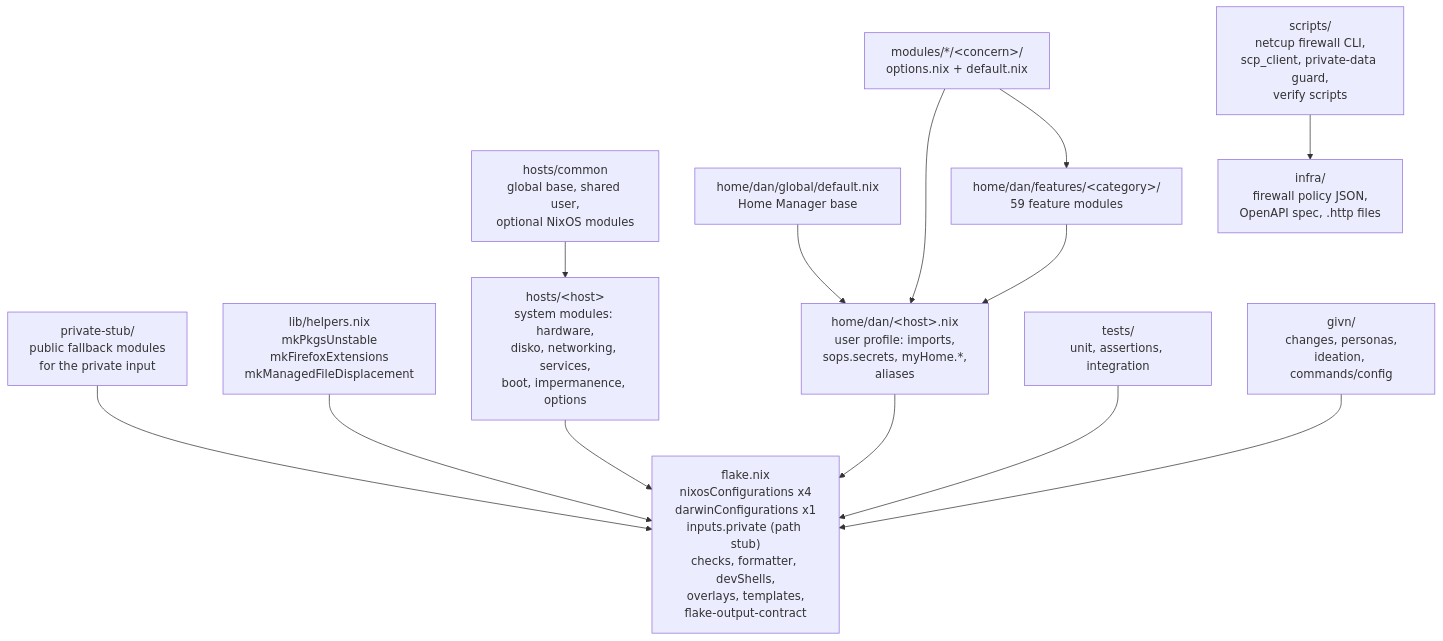
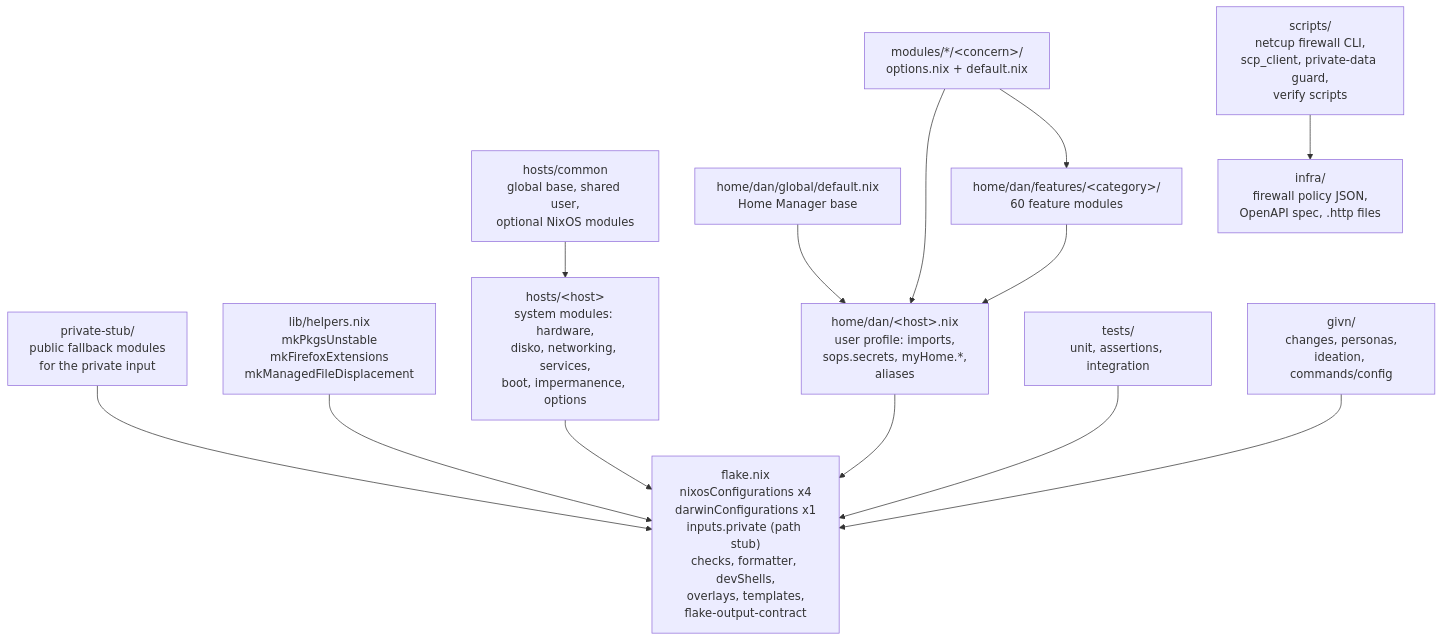
The diagram in docs/arc42/05-building-block-view.md (kressnerd/nix-config), drawn with Mermaid before and after one commit. The commit also changed other lines of this file and 16 other files, not shown here.

````diff
--- a/docs/arc42/05-building-block-view.md
+++ b/docs/arc42/05-building-block-view.md
@@ -9,29 +9,29 @@
 ```mermaid
 flowchart TB
   flake["flake.nix<br/>nixosConfigurations x4<br/>darwinConfigurations x1<br/>inputs.private (path stub)<br/>checks, formatter, devShells,<br/>overlays, templates,<br/>flake-output-contract"]
   stub["private-stub/<br/>public fallback modules<br/>for the private input"]
   lib["lib/helpers.nix<br/>mkPkgsUnstable<br/>mkFirefoxExtensions<br/>mkManagedFileDisplacement"]
   common["hosts/common<br/>global base, shared user,<br/>optional NixOS modules"]
   hostmods["hosts/&lt;host&gt;<br/>system modules: hardware,<br/>disko, networking, services,<br/>boot, impermanence, options"]
   hmprof["home/dan/&lt;host&gt;.nix<br/>user profile: imports,<br/>sops.secrets, myHome.*,<br/>aliases"]
   hmglobal["home/dan/global/default.nix<br/>Home Manager base"]
   optmods["modules/*/&lt;concern&gt;/<br/>options.nix + default.nix"]
-  feats["home/dan/features/&lt;category&gt;/<br/>59 feature modules"]
+  feats["home/dan/features/&lt;category&gt;/<br/>60 feature modules"]
   scripts["scripts/<br/>netcup firewall CLI,<br/>scp_client, private-data guard,<br/>verify scripts"]
   infra["infra/<br/>firewall policy JSON,<br/>OpenAPI spec, .http files"]
   tests["tests/<br/>unit, assertions, integration"]
   givnspec["givn/<br/>changes, personas,<br/>ideation, commands/config"]
 
   lib --> flake
   stub --> flake
   common --> hostmods
   hostmods --> flake
   optmods --> hmprof
   optmods --> feats
   hmglobal --> hmprof
   feats --> hmprof
   hmprof --> flake
   tests --> flake
   scripts --> infra
   givnspec --> flake
 ```
````
